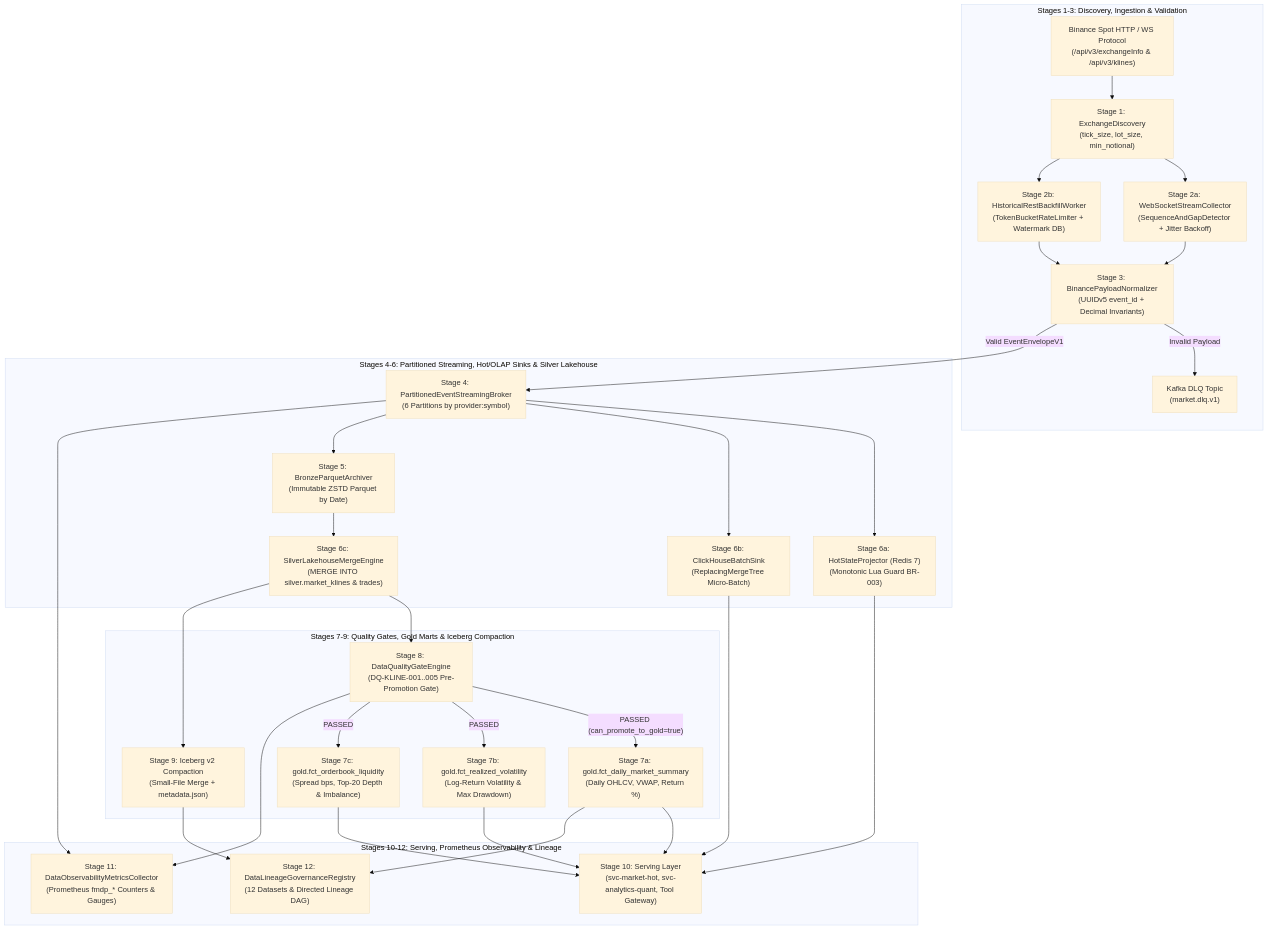
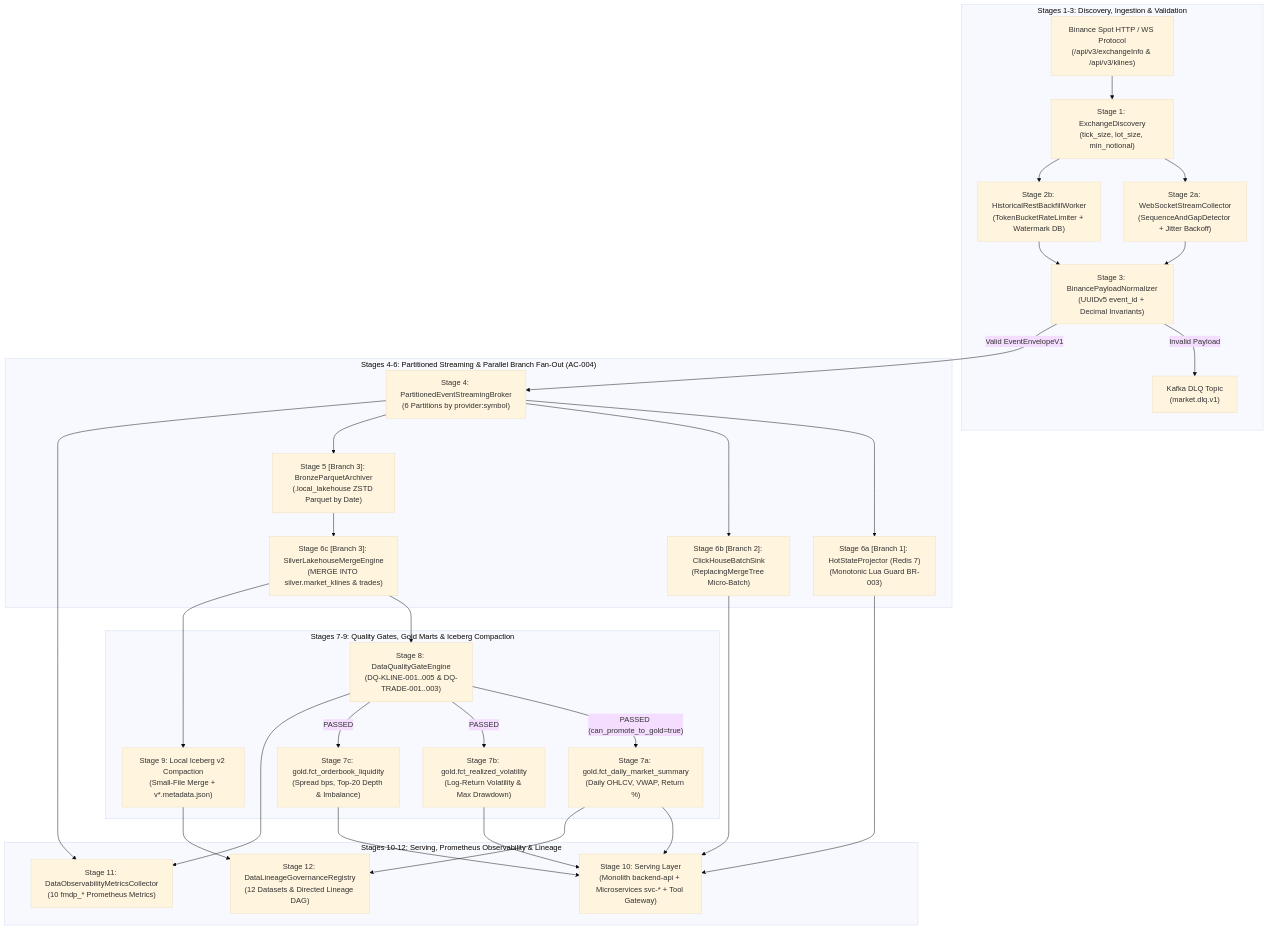
Before and after one commit to DungTran1201/FinancialMarketDataPlatform: the diagram in docs/diagrams/data-platform/08-end-to-end-data-platform-v01-pipeline.md, drawn with Mermaid (base theme). The commit also changed other lines of this file and 141 other files, not shown here.

Commit message:
docs: add comprehensive architecture documentation, data models, and agent definitions

````diff
--- a/docs/diagrams/data-platform/08-end-to-end-data-platform-v01-pipeline.md
+++ b/docs/diagrams/data-platform/08-end-to-end-data-platform-v01-pipeline.md
@@ -11,59 +23,59 @@
 ```mermaid
 flowchart TD
     subgraph S1_S3["Stages 1-3: Discovery, Ingestion & Validation"]
         EX["Binance Spot HTTP / WS Protocol<br/>(/api/v3/exchangeInfo & /api/v3/klines)"]
         DISC["Stage 1: ExchangeDiscovery<br/>(tick_size, lot_size, min_notional)"]
         WS["Stage 2a: WebSocketStreamCollector<br/>(SequenceAndGapDetector + Jitter Backoff)"]
         REST["Stage 2b: HistoricalRestBackfillWorker<br/>(TokenBucketRateLimiter + Watermark DB)"]
         NORM["Stage 3: BinancePayloadNormalizer<br/>(UUIDv5 event_id + Decimal Invariants)"]
         DLQ["Kafka DLQ Topic<br/>(market.dlq.v1)"]
     end
 
-    subgraph S4_S6["Stages 4-6: Partitioned Streaming, Hot/OLAP Sinks & Silver Lakehouse"]
+    subgraph S4_S6["Stages 4-6: Partitioned Streaming & Parallel Branch Fan-Out (AC-004)"]
         KAFKA["Stage 4: PartitionedEventStreamingBroker<br/>(6 Partitions by provider:symbol)"]
-        REDIS["Stage 6a: HotStateProjector (Redis 7)<br/>(Monotonic Lua Guard BR-003)"]
-        CH["Stage 6b: ClickHouseBatchSink<br/>(ReplacingMergeTree Micro-Batch)"]
-        BRONZE["Stage 5: BronzeParquetArchiver<br/>(Immutable ZSTD Parquet by Date)"]
-        SILVER["Stage 6c: SilverLakehouseMergeEngine<br/>(MERGE INTO silver.market_klines & trades)"]
+        REDIS["Stage 6a [Branch 1]: HotStateProjector (Redis 7)<br/>(Monotonic Lua Guard BR-003)"]
+        CH["Stage 6b [Branch 2]: ClickHouseBatchSink<br/>(ReplacingMergeTree Micro-Batch)"]
+        BRONZE["Stage 5 [Branch 3]: BronzeParquetArchiver<br/>(.local_lakehouse ZSTD Parquet by Date)"]
+        SILVER["Stage 6c [Branch 3]: SilverLakehouseMergeEngine<br/>(MERGE INTO silver.market_klines & trades)"]
     end
 
     subgraph S7_S9["Stages 7-9: Quality Gates, Gold Marts & Iceberg Compaction"]
-        DQ["Stage 8: DataQualityGateEngine<br/>(DQ-KLINE-001..005 Pre-Promotion Gate)"]
+        DQ["Stage 8: DataQualityGateEngine<br/>(DQ-KLINE-001..005 & DQ-TRADE-001..003)"]
         GOLD1["Stage 7a: gold.fct_daily_market_summary<br/>(Daily OHLCV, VWAP, Return %)"]
         GOLD2["Stage 7b: gold.fct_realized_volatility<br/>(Log-Return Volatility & Max Drawdown)"]
         GOLD3["Stage 7c: gold.fct_orderbook_liquidity<br/>(Spread bps, Top-20 Depth & Imbalance)"]
-        COMP["Stage 9: Iceberg v2 Compaction<br/>(Small-File Merge + metadata.json)"]
+        COMP["Stage 9: Local Iceberg v2 Compaction<br/>(Small-File Merge + v*.metadata.json)"]
     end
 
     subgraph S10_S12["Stages 10-12: Serving, Prometheus Observability & Lineage"]
-        SERVE["Stage 10: Serving Layer<br/>(svc-market-hot, svc-analytics-quant, Tool Gateway)"]
-        PROM["Stage 11: DataObservabilityMetricsCollector<br/>(Prometheus fmdp_* Counters & Gauges)"]
+        SERVE["Stage 10: Serving Layer<br/>(Monolith backend-api + Microservices svc-* + Tool Gateway)"]
+        PROM["Stage 11: DataObservabilityMetricsCollector<br/>(10 fmdp_* Prometheus Metrics)"]
         LIN["Stage 12: DataLineageGovernanceRegistry<br/>(12 Datasets & Directed Lineage DAG)"]
     end
 
     EX --> DISC
     DISC --> WS
     DISC --> REST
     WS --> NORM
     REST --> NORM
     NORM -- "Invalid Payload" --> DLQ
     NORM -- "Valid EventEnvelopeV1" --> KAFKA
     KAFKA --> REDIS
     KAFKA --> CH
     KAFKA --> BRONZE
     BRONZE --> SILVER
     SILVER --> DQ
     DQ -- "PASSED (can_promote_to_gold=true)" --> GOLD1
     DQ -- "PASSED" --> GOLD2
     DQ -- "PASSED" --> GOLD3
     SILVER --> COMP
     REDIS --> SERVE
     CH --> SERVE
     GOLD1 --> SERVE
     GOLD2 --> SERVE
     GOLD3 --> SERVE
     KAFKA --> PROM
     DQ --> PROM
     GOLD1 --> LIN
     COMP --> LIN
 ```
````
